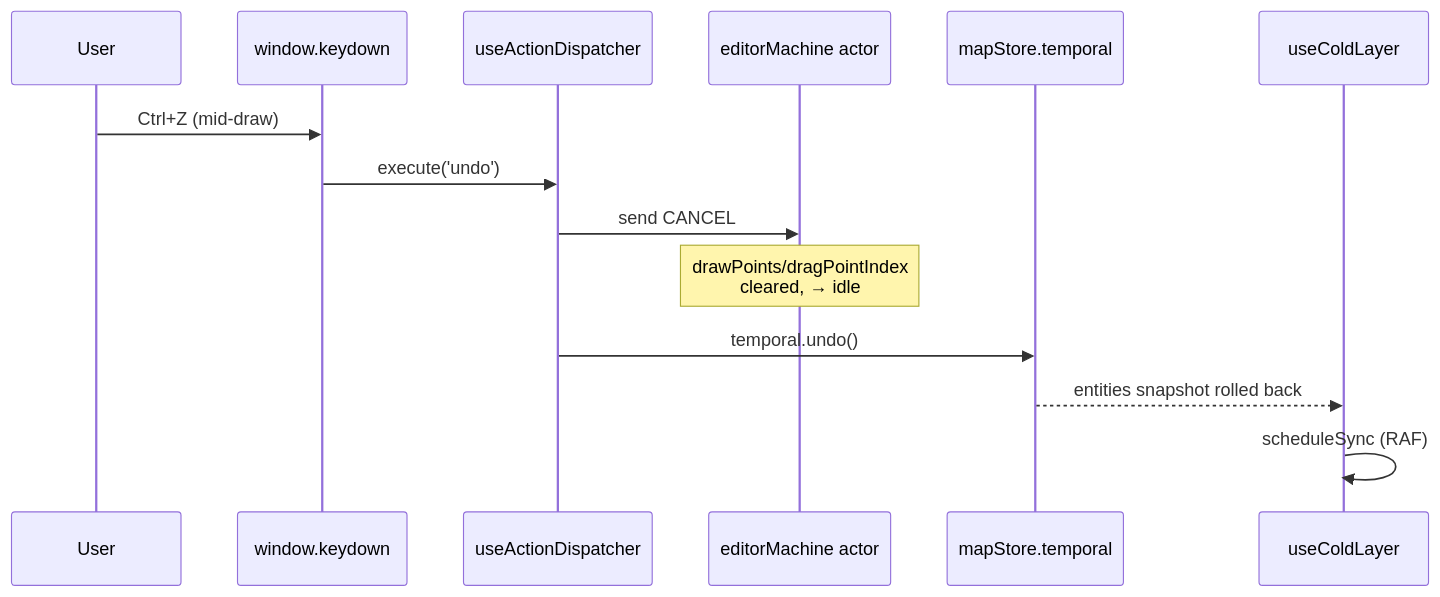
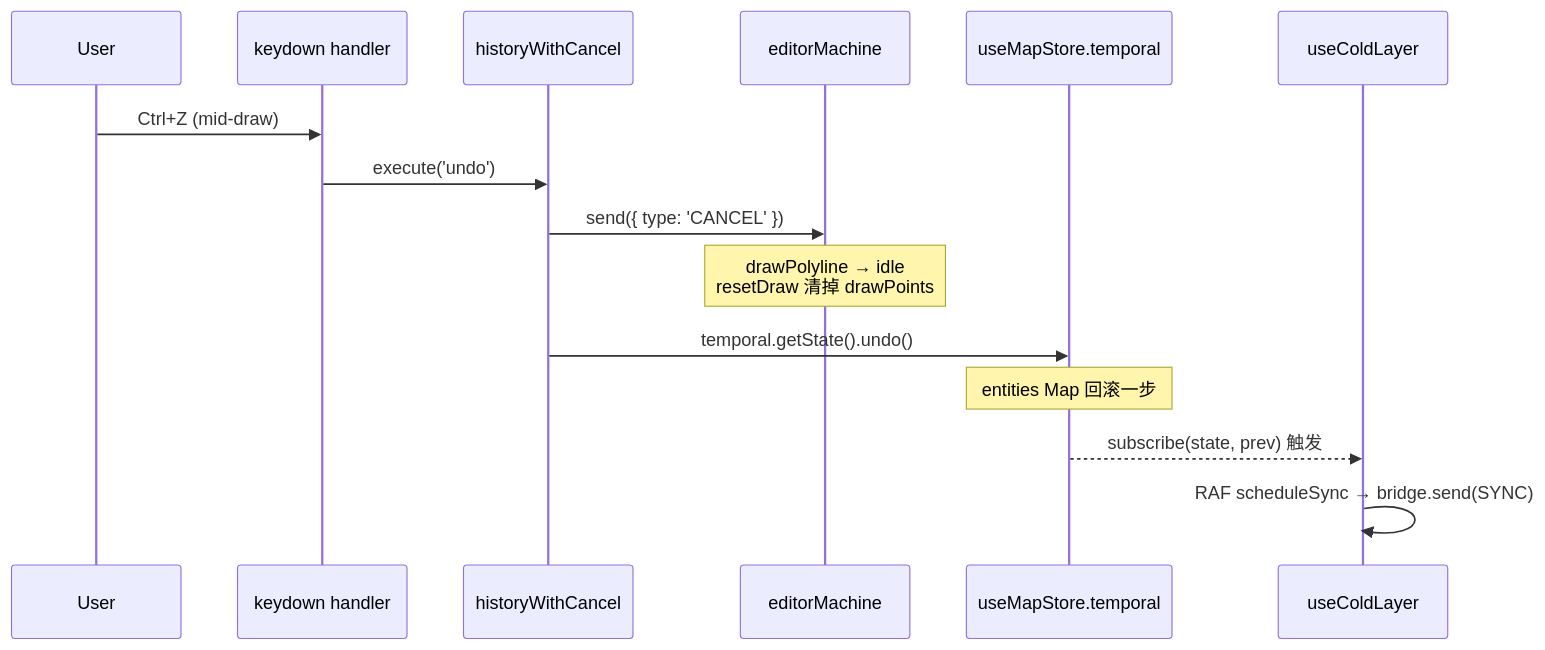
The diagram in docs/api/hooks/use-action-dispatcher.md (SakuraPuare/apollo-map-studio), drawn with Mermaid before and after one commit. The commit also changed other lines of this file and 414 other files, not shown here.

````diff
--- a/docs/api/hooks/use-action-dispatcher.md
+++ b/docs/api/hooks/use-action-dispatcher.md
@@ -87,17 +163,18 @@
 ```mermaid
 sequenceDiagram
     participant User
-    participant Kbd as window.keydown
-    participant Disp as useActionDispatcher
-    participant FSM as editorMachine actor
-    participant Store as mapStore.temporal
+    participant Kbd as keydown handler
+    participant Disp as historyWithCancel
+    participant FSM as editorMachine
+    participant Store as useMapStore.temporal
     participant Cold as useColdLayer
 
     User->>Kbd: Ctrl+Z (mid-draw)
     Kbd->>Disp: execute('undo')
-    Disp->>FSM: send CANCEL
-    Note over FSM: drawPoints/dragPointIndex<br/>cleared, → idle
-    Disp->>Store: temporal.undo()
-    Store-->>Cold: entities snapshot rolled back
-    Cold->>Cold: scheduleSync (RAF)
+    Disp->>FSM: send({ type: 'CANCEL' })
+    Note over FSM: drawPolyline → idle<br/>resetDraw 清掉 drawPoints
+    Disp->>Store: temporal.getState().undo()
+    Note over Store: entities Map 回滚一步
+    Store-->>Cold: subscribe(state, prev) 触发
+    Cold->>Cold: RAF scheduleSync → bridge.send(SYNC)
 ```
````
